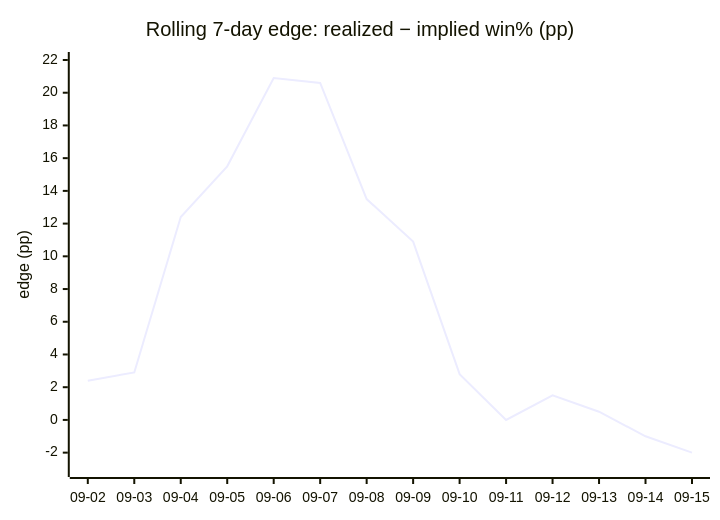
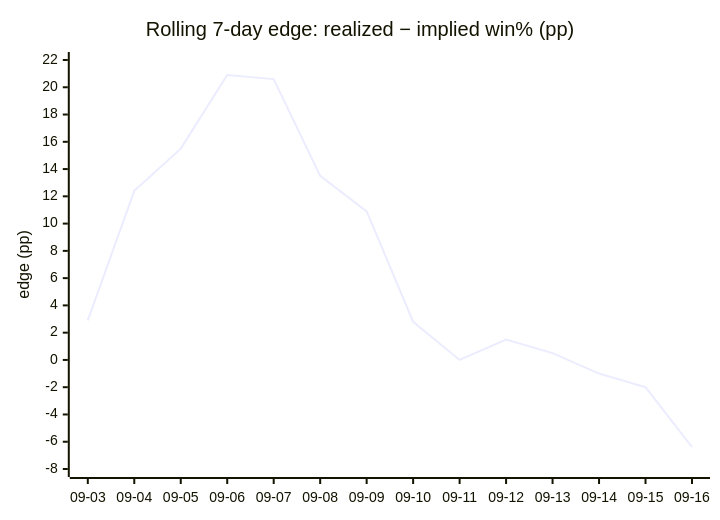
Before and after one commit to dpk1212/nhl-savant: the fourth of 4 diagrams in DAILY_AGSU_REPORT.md, drawn with Mermaid. The commit also changed other lines of this file, not shown here.

````diff
--- a/DAILY_AGSU_REPORT.md
+++ b/DAILY_AGSU_REPORT.md
@@ -868,7 +876,7 @@
 ```mermaid
 xychart-beta
     title "Rolling 7-day edge: realized − implied win% (pp)"
-    x-axis ["09-02", "09-03", "09-04", "09-05", "09-06", "09-07", "09-08", "09-09", "09-10", "09-11", "09-12", "09-13", "09-14", "09-15"]
-    y-axis "edge (pp)" -3 --> 22
-    line [2.4, 2.9, 12.4, 15.5, 20.9, 20.6, 13.5, 10.9, 2.8, 0, 1.5, 0.5, -1, -2]
+    x-axis ["09-03", "09-04", "09-05", "09-06", "09-07", "09-08", "09-09", "09-10", "09-11", "09-12", "09-13", "09-14", "09-15", "09-16"]
+    y-axis "edge (pp)" -8 --> 22
+    line [2.9, 12.4, 15.5, 20.9, 20.6, 13.5, 10.9, 2.8, 0, 1.5, 0.5, -1, -2, -6.4]
 ```
````
